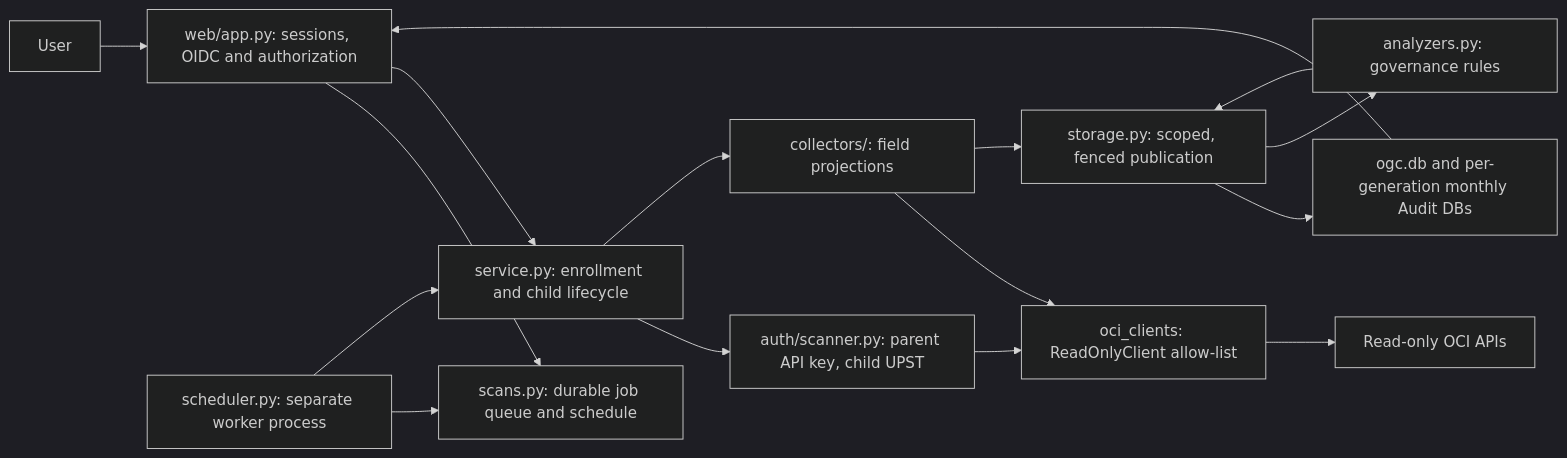
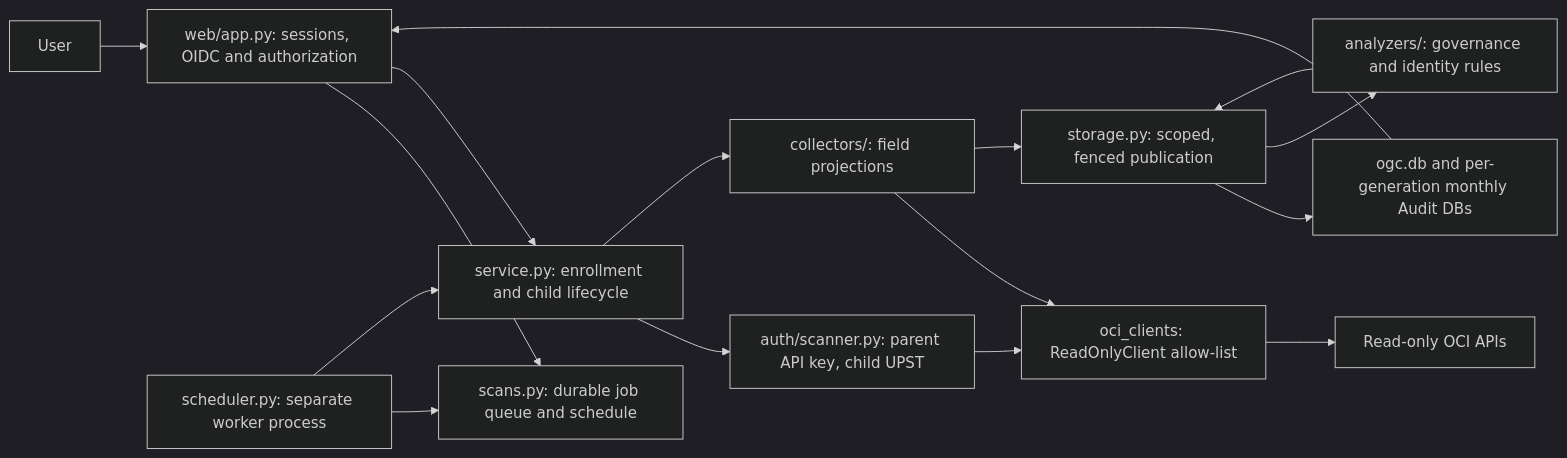
The diagram in docs/architecture.md (kiranthakkar/oci-governance-center), drawn with Mermaid (dark theme) before and after one commit. The commit also changed other lines of this file and 11 other files, not shown here.

````diff
--- a/docs/architecture.md
+++ b/docs/architecture.md
@@ -16,18 +16,18 @@
 ```mermaid
 flowchart LR
     User --> Web[web/app.py: sessions, OIDC and authorization]
     Web --> Queue[scans.py: durable job queue and schedule]
     Web --> Service[service.py: enrollment and child lifecycle]
     Scheduler[scheduler.py: separate worker process] --> Queue
     Scheduler --> Service
     Service --> Auth[auth/scanner.py: parent API key, child UPST]
     Service --> Collectors[collectors/: field projections]
     Collectors --> Clients[oci_clients: ReadOnlyClient allow-list]
     Auth --> Clients
     Clients --> OCI[Read-only OCI APIs]
     Collectors --> Store[storage.py: scoped, fenced publication]
     Store --> SQLite[ogc.db and per-generation monthly Audit DBs]
-    Store --> Analysis[analyzers.py: governance rules]
+    Store --> Analysis[analyzers/: governance and identity rules]
     Analysis --> Store
     SQLite --> Web
 ```
````
